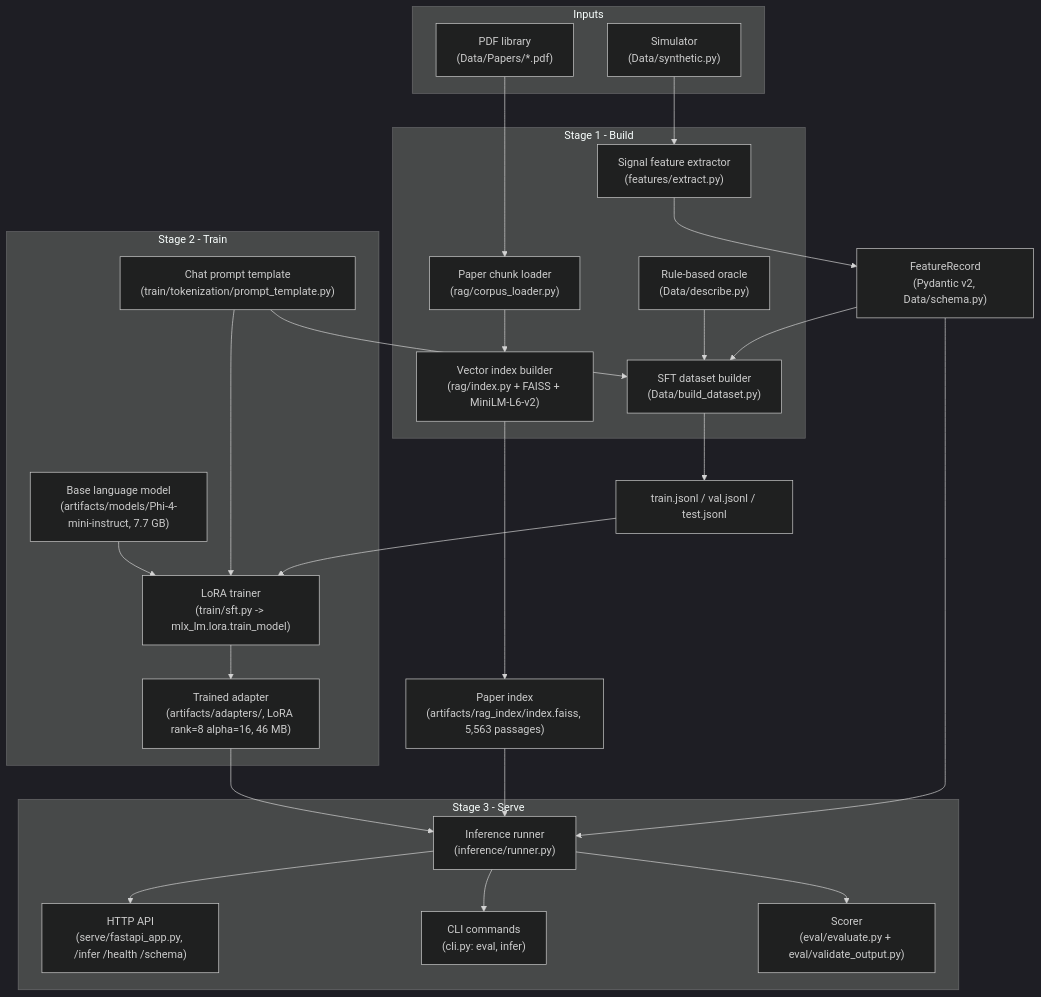
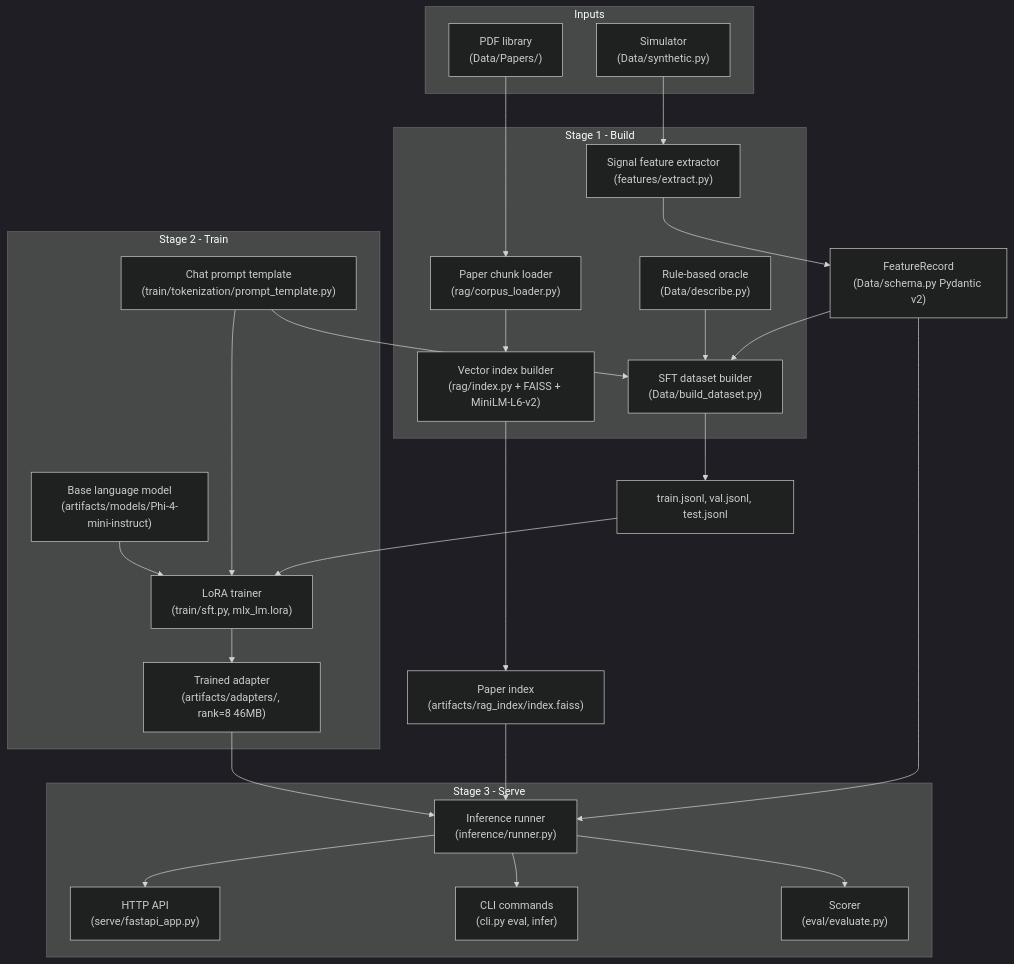
Before and after one commit to AngadKumar16/FSI-SLM: the first of 4 diagrams in docs/workflow.md, drawn with Mermaid (dark theme). The commit also changed other lines of this file, not shown here.

````diff
--- a/docs/workflow.md
+++ b/docs/workflow.md
@@ -9,52 +9,52 @@
 ```mermaid
 flowchart TB
     subgraph sources["Inputs"]
-        PDFs["PDF library<br/>(Data/Papers/*.pdf)"]
+        PDFs["PDF library<br/>(Data/Papers/)"]
         Synth["Simulator<br/>(Data/synthetic.py)"]
     end
 
     subgraph build["Stage 1 - Build"]
         FE["Signal feature extractor<br/>(features/extract.py)"]
         DS["SFT dataset builder<br/>(Data/build_dataset.py)"]
         BR["Paper chunk loader<br/>(rag/corpus_loader.py)"]
         BI["Vector index builder<br/>(rag/index.py + FAISS + MiniLM-L6-v2)"]
         FD["Rule-based oracle<br/>(Data/describe.py)"]
     end
 
     subgraph train["Stage 2 - Train"]
         PT["Chat prompt template<br/>(train/tokenization/prompt_template.py)"]
-        SFT["LoRA trainer<br/>(train/sft.py -> mlx_lm.lora.train_model)"]
-        BASE["Base language model<br/>(artifacts/models/Phi-4-mini-instruct, 7.7 GB)"]
-        ADAPT["Trained adapter<br/>(artifacts/adapters/, LoRA rank=8 alpha=16, 46 MB)"]
+        SFT["LoRA trainer<br/>(train/sft.py, mlx_lm.lora)"]
+        BASE["Base language model<br/>(artifacts/models/Phi-4-mini-instruct)"]
+        ADAPT["Trained adapter<br/>(artifacts/adapters/, rank=8 46MB)"]
     end
 
     subgraph serve["Stage 3 - Serve"]
         INF["Inference runner<br/>(inference/runner.py)"]
-        EVAL["Scorer<br/>(eval/evaluate.py + eval/validate_output.py)"]
-        CLI["CLI commands<br/>(cli.py: eval, infer)"]
-        API["HTTP API<br/>(serve/fastapi_app.py, /infer /health /schema)"]
+        EVAL["Scorer<br/>(eval/evaluate.py)"]
+        CLI["CLI commands<br/>(cli.py eval, infer)"]
+        API["HTTP API<br/>(serve/fastapi_app.py)"]
     end
 
     Synth --> FE
-    FE --> FR["FeatureRecord<br/>(Pydantic v2, Data/schema.py)"]
+    FE --> FR["FeatureRecord<br/>(Data/schema.py Pydantic v2)"]
     FR --> DS
     FD --> DS
     PT --> DS
-    DS --> JSONL["train.jsonl / val.jsonl / test.jsonl"]
+    DS --> JSONL["train.jsonl, val.jsonl, test.jsonl"]
 
     PDFs --> BR
     BR --> BI
-    BI --> IDX["Paper index<br/>(artifacts/rag_index/index.faiss, 5,563 passages)"]
+    BI --> IDX["Paper index<br/>(artifacts/rag_index/index.faiss)"]
 
     BASE --> SFT
     JSONL --> SFT
     SFT --> ADAPT
     PT --> SFT
 
     ADAPT --> INF
     IDX --> INF
     FR --> INF
     INF --> EVAL
     INF --> CLI
     INF --> API
 ```
````
